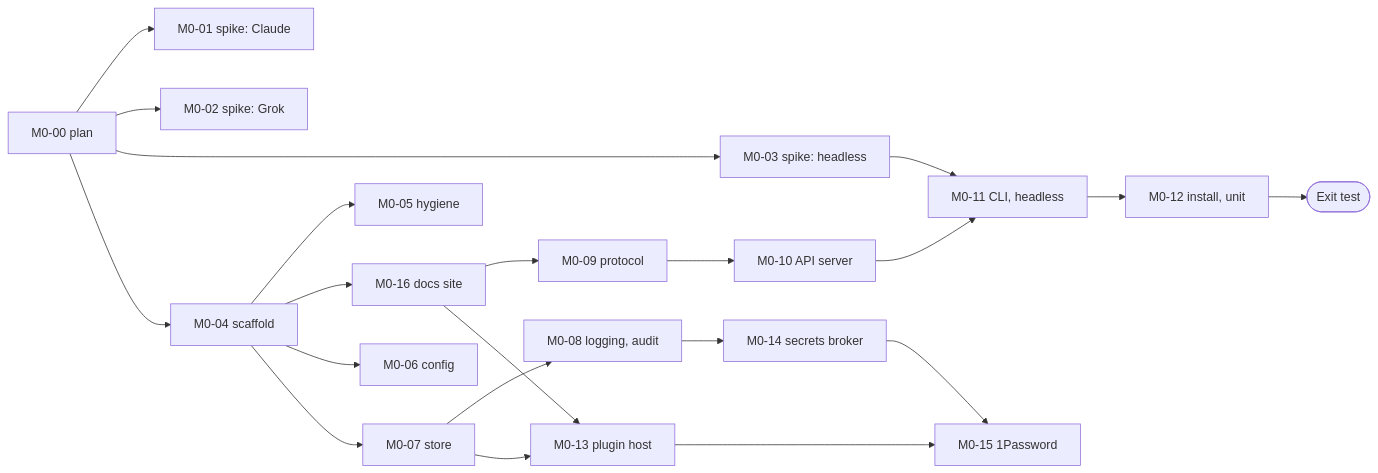
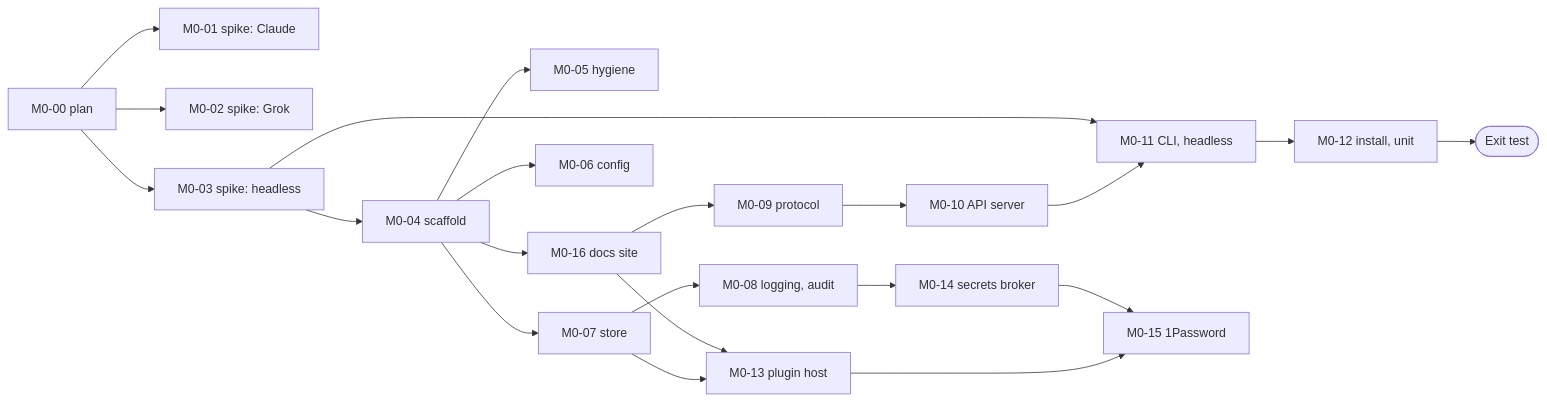
Before and after one commit to jcore9/Aphelion: the diagram in docs/plan/milestones/M0-foundations.md, drawn with Mermaid. The commit also changed other lines of this file and 5 other files, not shown here.

````diff
--- a/docs/plan/milestones/M0-foundations.md
+++ b/docs/plan/milestones/M0-foundations.md
@@ -53,23 +53,23 @@
 ```mermaid
 flowchart LR
   m00["M0-00 plan"] --> s1["M0-01 spike: Claude"]
   m00 --> s2["M0-02 spike: Grok"]
   m00 --> s3["M0-03 spike: headless"]
-  m00 --> m04["M0-04 scaffold"]
+  s3 --> m04["M0-04 scaffold"]
   m04 --> m05["M0-05 hygiene"]
   m04 --> m16["M0-16 docs site"]
   m04 --> m06["M0-06 config"]
   m04 --> m07["M0-07 store"]
   m07 --> m08["M0-08 logging, audit"]
   m16 --> m09["M0-09 protocol"]
   m09 --> m10["M0-10 API server"]
   m10 --> m11["M0-11 CLI, headless"]
   s3 --> m11
   m11 --> m12["M0-12 install, unit"]
   m07 --> m13["M0-13 plugin host"]
   m16 --> m13
   m08 --> m14["M0-14 secrets broker"]
   m13 --> m15["M0-15 1Password"]
   m14 --> m15
   m12 --> exit(["Exit test"])
 ```
````
